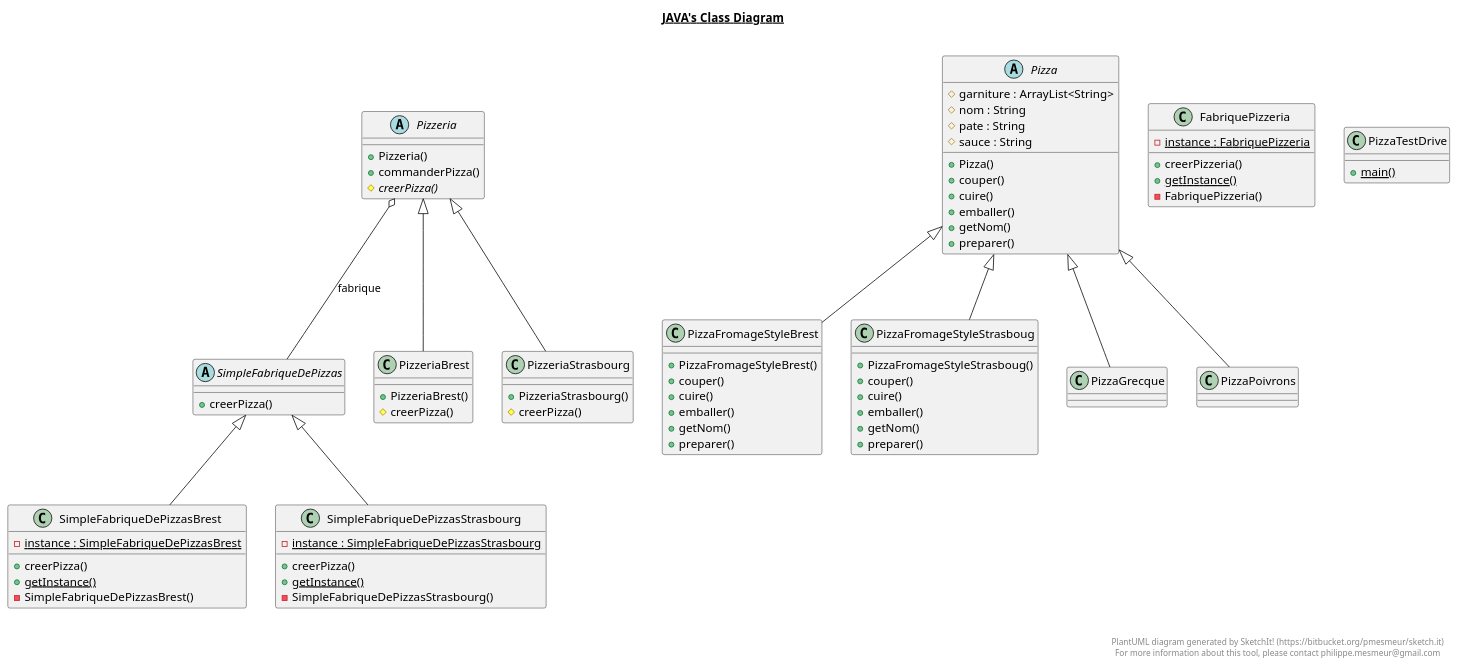
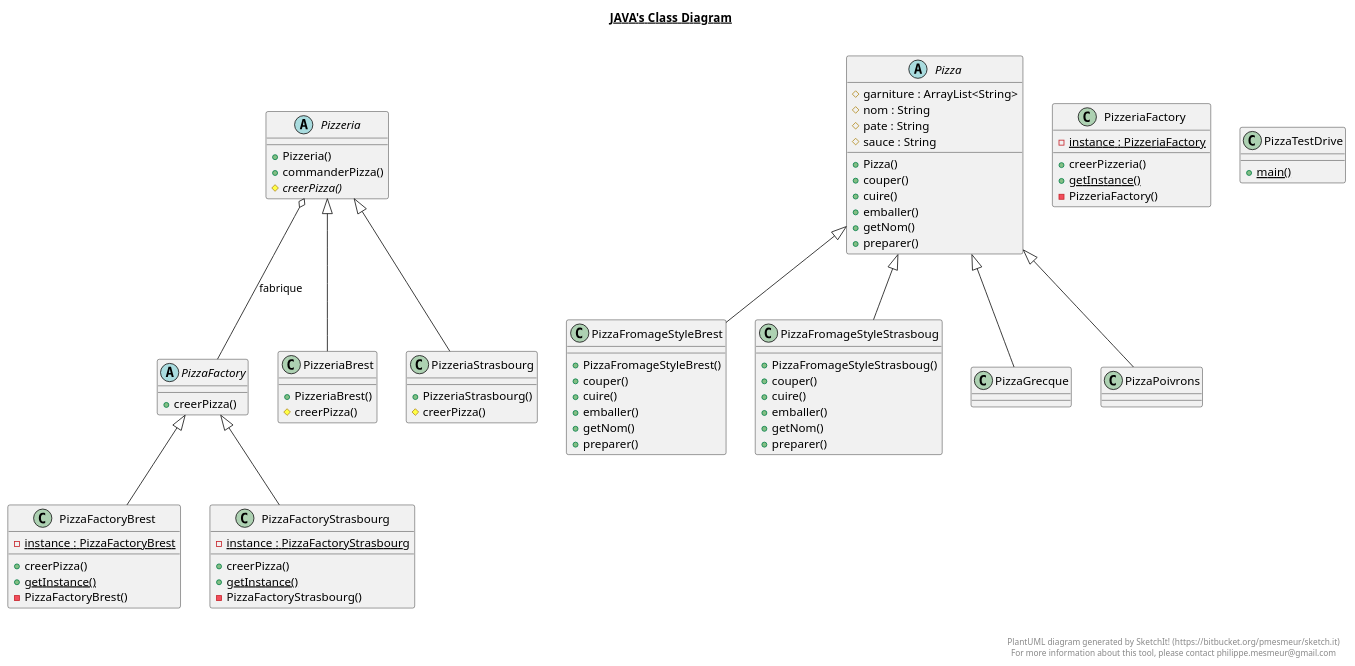
Before and after one commit to IUT-Blagnac/cpoa-tp3-Martin-Billard: the diagram in docs/TP3.plantuml, drawn with PlantUML. The commit also changed 13 other files, not shown here.

```diff
--- a/docs/TP3.plantuml
+++ b/docs/TP3.plantuml
@@ -1,140 +1,140 @@
 @startuml
 
 title __JAVA's Class Diagram__\n
 
-    class FabriquePizzeria {
-        {static} - instance : FabriquePizzeria
+    class PizzeriaFactory {
+        {static} - instance : PizzeriaFactory
         + creerPizzeria()
         {static} + getInstance()
-        - FabriquePizzeria()
+        - PizzeriaFactory()
     }
   
 
 
     abstract class Pizza {
         # garniture : ArrayList<String>
         # nom : String
         # pate : String
         # sauce : String
         + Pizza()
         + couper()
         + cuire()
         + emballer()
         + getNom()
         + preparer()
     }
 
   
 
 
     class PizzaFromageStyleBrest {
         + PizzaFromageStyleBrest()
         + couper()
         + cuire()
         + emballer()
         + getNom()
         + preparer()
     }
 
   
 
 
     class PizzaFromageStyleStrasboug {
         + PizzaFromageStyleStrasboug()
         + couper()
         + cuire()
         + emballer()
         + getNom()
         + preparer()
     }
 
   
 
     class PizzaGrecque {
     }
 
   
 
 
     class PizzaPoivrons {
     }
 
   
 
 
     class PizzaTestDrive {
         {static} + main()
     }
 
   
 
 
     abstract class Pizzeria {
         + Pizzeria()
         + commanderPizza()
         {abstract} # creerPizza()
     }
 
   
 
 
     class PizzeriaBrest {
         + PizzeriaBrest()
         # creerPizza()
     }
 
 
 
     class PizzeriaStrasbourg {
         + PizzeriaStrasbourg()
         # creerPizza()
     }
 
   
 
 
-    abstract class SimpleFabriqueDePizzas {
+    abstract class PizzaFactory {
         + creerPizza()
     }
 
   
 
 
-    class SimpleFabriqueDePizzasBrest {
-        {static} - instance : SimpleFabriqueDePizzasBrest
+    class PizzaFactoryBrest {
+        {static} - instance : PizzaFactoryBrest
         + creerPizza()
         {static} + getInstance()
-        - SimpleFabriqueDePizzasBrest()
+        - PizzaFactoryBrest()
     }
 
   
 
 
-    class SimpleFabriqueDePizzasStrasbourg {
-        {static} - instance : SimpleFabriqueDePizzasStrasbourg
+    class PizzaFactoryStrasbourg {
+        {static} - instance : PizzaFactoryStrasbourg
         + creerPizza()
         {static} + getInstance()
-        - SimpleFabriqueDePizzasStrasbourg()
+        - PizzaFactoryStrasbourg()
     }
 
   
 
   PizzaFromageStyleBrest -up-|> Pizza
   PizzaFromageStyleStrasboug -up-|> Pizza
   PizzaGrecque -up-|> Pizza
   PizzaPoivrons -up-|> Pizza
-  Pizzeria o-- SimpleFabriqueDePizzas : fabrique
+  Pizzeria o-- PizzaFactory : fabrique
   PizzeriaBrest -up-|> Pizzeria
   PizzeriaStrasbourg -up-|> Pizzeria
-  SimpleFabriqueDePizzasBrest -up-|> SimpleFabriqueDePizzas
-  SimpleFabriqueDePizzasStrasbourg -up-|> SimpleFabriqueDePizzas
+  PizzaFactoryBrest -up-|> PizzaFactory
+  PizzaFactoryStrasbourg -up-|> PizzaFactory
 
 
 right footer
 
 
 PlantUML diagram generated by SketchIt! (https://bitbucket.org/pmesmeur/sketch.it)
 For more information about this tool, please contact philippe.mesmeur@gmail.com
 endfooter
 
 @enduml
```
